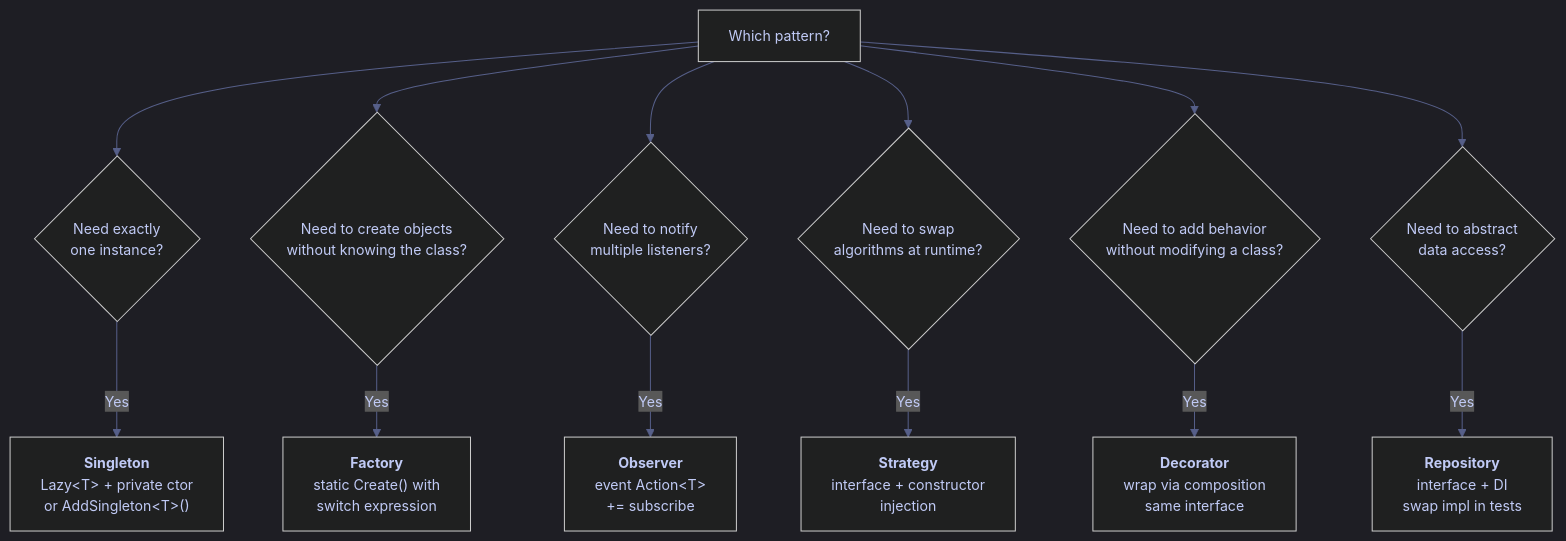
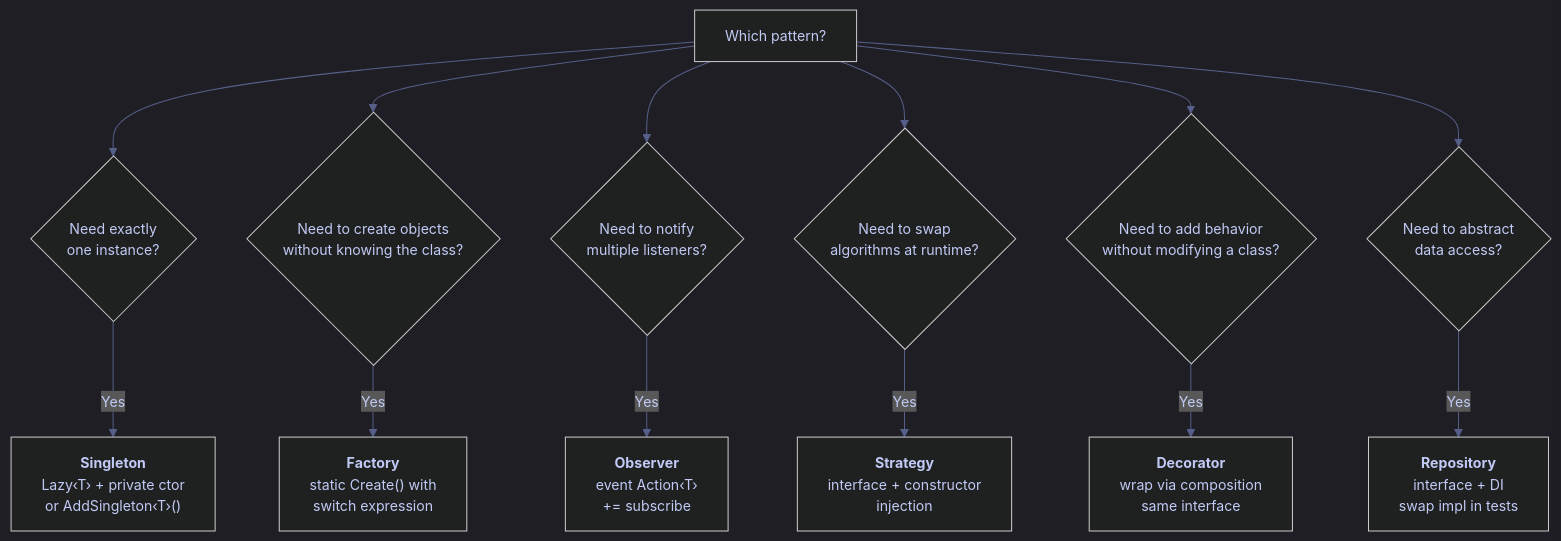
The second of 2 diagrams in content/02-Programming-Languages/CSharp/18_cs_designpatterns.md (alp78/elysium), drawn with Mermaid before and after one commit. The commit also changed 92 other files, not shown here.

````diff
--- a/content/02-Programming-Languages/CSharp/18_cs_designpatterns.md
+++ b/content/02-Programming-Languages/CSharp/18_cs_designpatterns.md
@@ -809,28 +809,28 @@
 ```mermaid
 %%{init: {'theme': 'dark', 'themeVariables': {
   'primaryColor': '#292e42',
   'primaryTextColor': '#c0caf5',
   'primaryBorderColor': '#565f89',
   'lineColor': '#565f89',
   'secondaryColor': '#1a1b26',
   'tertiaryColor': '#24283b',
   'noteTextColor': '#c0caf5',
   'noteBkgColor': '#292e42',
   'textColor': '#c0caf5',
   'fontSize': '14px'
 }}}%%
 flowchart TD
-    A["Which pattern?"] --> B{"Need exactly\none instance?"}
-    A --> C{"Need to create objects\nwithout knowing the class?"}
-    A --> D{"Need to notify\nmultiple listeners?"}
-    A --> E{"Need to swap\nalgorithms at runtime?"}
-    A --> F{"Need to add behavior\nwithout modifying a class?"}
-    A --> G{"Need to abstract\ndata access?"}
+    A["Which pattern?"] --> B{"Need exactly<br/>one instance?"}
+    A --> C{"Need to create objects<br/>without knowing the class?"}
+    A --> D{"Need to notify<br/>multiple listeners?"}
+    A --> E{"Need to swap<br/>algorithms at runtime?"}
+    A --> F{"Need to add behavior<br/>without modifying a class?"}
+    A --> G{"Need to abstract<br/>data access?"}
 
-    B -->|Yes| B1["<b>Singleton</b>\nLazy&lt;T&gt; + private ctor\nor AddSingleton&lt;T&gt;()"]
-    C -->|Yes| C1["<b>Factory</b>\nstatic Create() with\nswitch expression"]
-    D -->|Yes| D1["<b>Observer</b>\nevent Action&lt;T&gt;\n+= subscribe"]
-    E -->|Yes| E1["<b>Strategy</b>\ninterface + constructor\ninjection"]
-    F -->|Yes| F1["<b>Decorator</b>\nwrap via composition\nsame interface"]
-    G -->|Yes| G1["<b>Repository</b>\ninterface + DI\nswap impl in tests"]
+    B -->|Yes| B1["<b>Singleton</b><br/>Lazy‹T› + private ctor<br/>or AddSingleton‹T›()"]
+    C -->|Yes| C1["<b>Factory</b><br/>static Create() with<br/>switch expression"]
+    D -->|Yes| D1["<b>Observer</b><br/>event Action‹T›<br/>+= subscribe"]
+    E -->|Yes| E1["<b>Strategy</b><br/>interface + constructor<br/>injection"]
+    F -->|Yes| F1["<b>Decorator</b><br/>wrap via composition<br/>same interface"]
+    G -->|Yes| G1["<b>Repository</b><br/>interface + DI<br/>swap impl in tests"]
 ```
````
